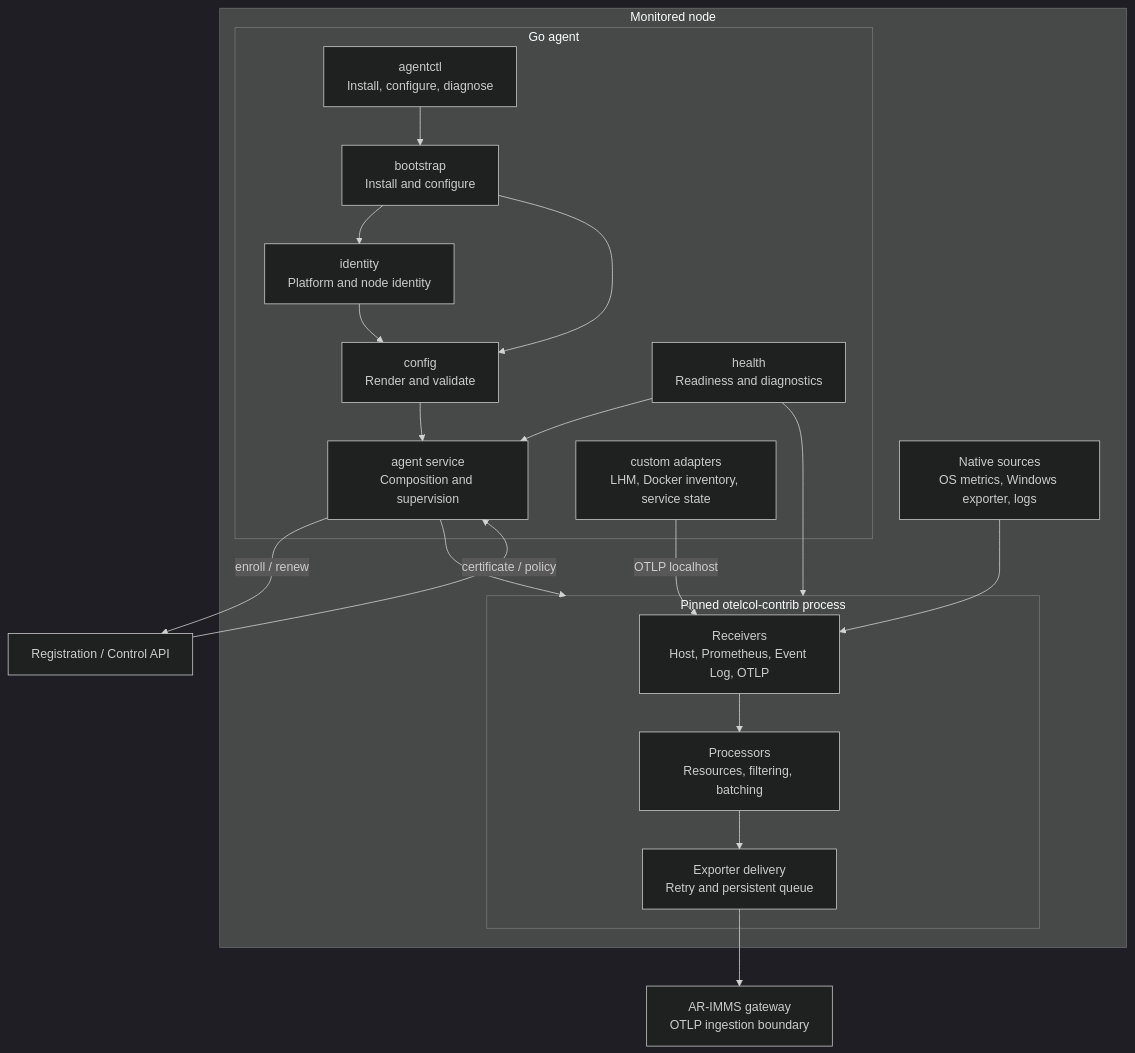
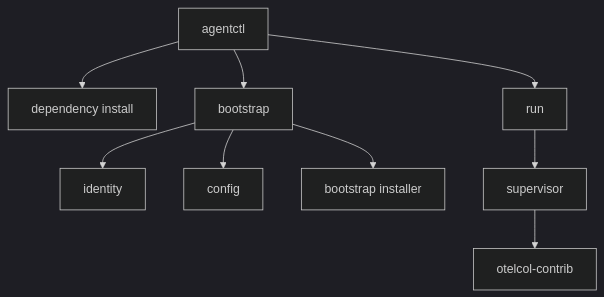
The second of 5 diagrams in docs/ARCHITECTURE.md (AR-IMMS/telemetry-agent), drawn with Mermaid (dark theme) before and after one commit. The commit also changed other lines of this file and 55 other files, not shown here.

`````diff
--- a/docs/ARCHITECTURE.md
+++ b/docs/ARCHITECTURE.md
@@ -26,42 +62,23 @@
 ```mermaid
 flowchart TD
-    subgraph Node["Monitored node"]
-        subgraph Agent["Go agent"]
-            CLI["agentctl<br/>Install, configure, diagnose"]
-            Runtime["agent service<br/>Composition and supervision"]
-            Bootstrap["bootstrap<br/>Install and configure"]
-            Identity["identity<br/>Platform and node identity"]
-            Config["config<br/>Render and validate"]
-            Adapters["custom adapters<br/>LHM, Docker inventory, service state"]
-            Health["health<br/>Readiness and diagnostics"]
-        end
+    CLI["agentctl"]
+    Dependency["dependency install"]
+    Bootstrap["bootstrap"]
+    Run["run"]
 
-        subgraph OTel["Pinned otelcol-contrib process"]
-            Receivers["Receivers<br/>Host, Prometheus, Event Log, OTLP"]
-            Pipeline["Processors<br/>Resources, filtering, batching"]
-            Delivery["Exporter delivery<br/>Retry and persistent queue"]
-        end
+    Identity["identity"]
+    Config["config"]
+    Install["bootstrap installer"]
+    Supervisor["supervisor"]
+    Collector["otelcol-contrib"]
 
-        Native["Native sources<br/>OS metrics, Windows exporter, logs"]
-    end
+    CLI --> Dependency
+    CLI --> Bootstrap
+    CLI --> Run
 
-    Control["Registration / Control API"]
-    Gateway["AR-IMMS gateway<br/>OTLP ingestion boundary"]
-
-    CLI --> Bootstrap
     Bootstrap --> Identity
     Bootstrap --> Config
-    Identity --> Config
-    Config --> Runtime
-
-    Runtime --> OTel
-    Native --> Receivers
-    Adapters -->|OTLP localhost| Receivers
-    Receivers --> Pipeline --> Delivery --> Gateway
-
-    Runtime -->|enroll / renew| Control
-    Control -->|certificate / policy| Runtime
-
-    Health --> Runtime
-    Health --> OTel
-````
+    Bootstrap --> Install
+    Run --> Supervisor
+    Supervisor --> Collector
+```
`````
